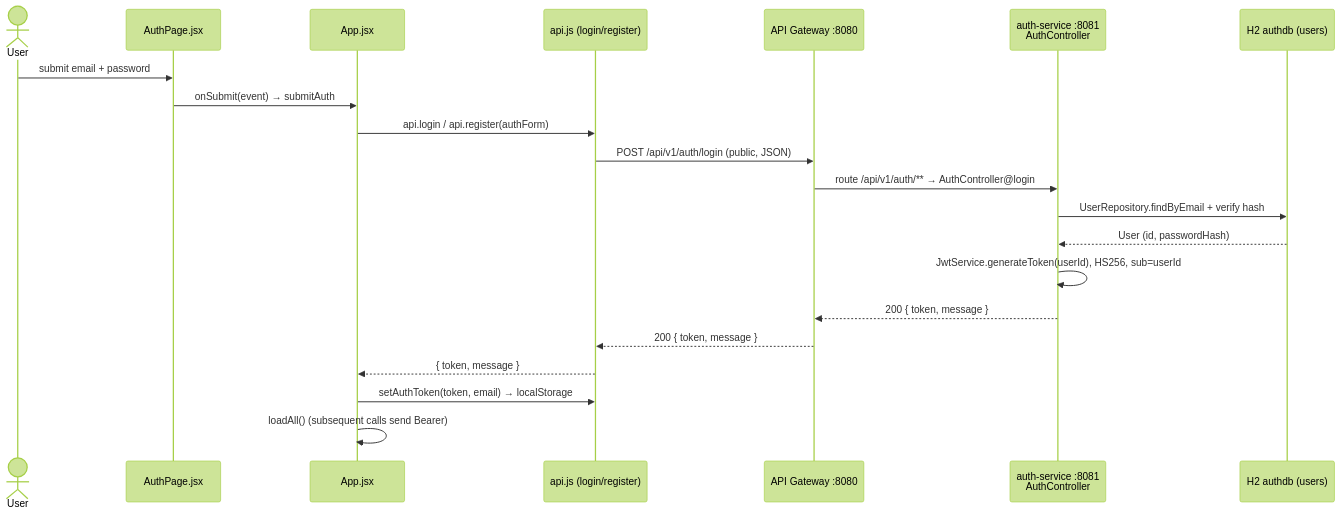
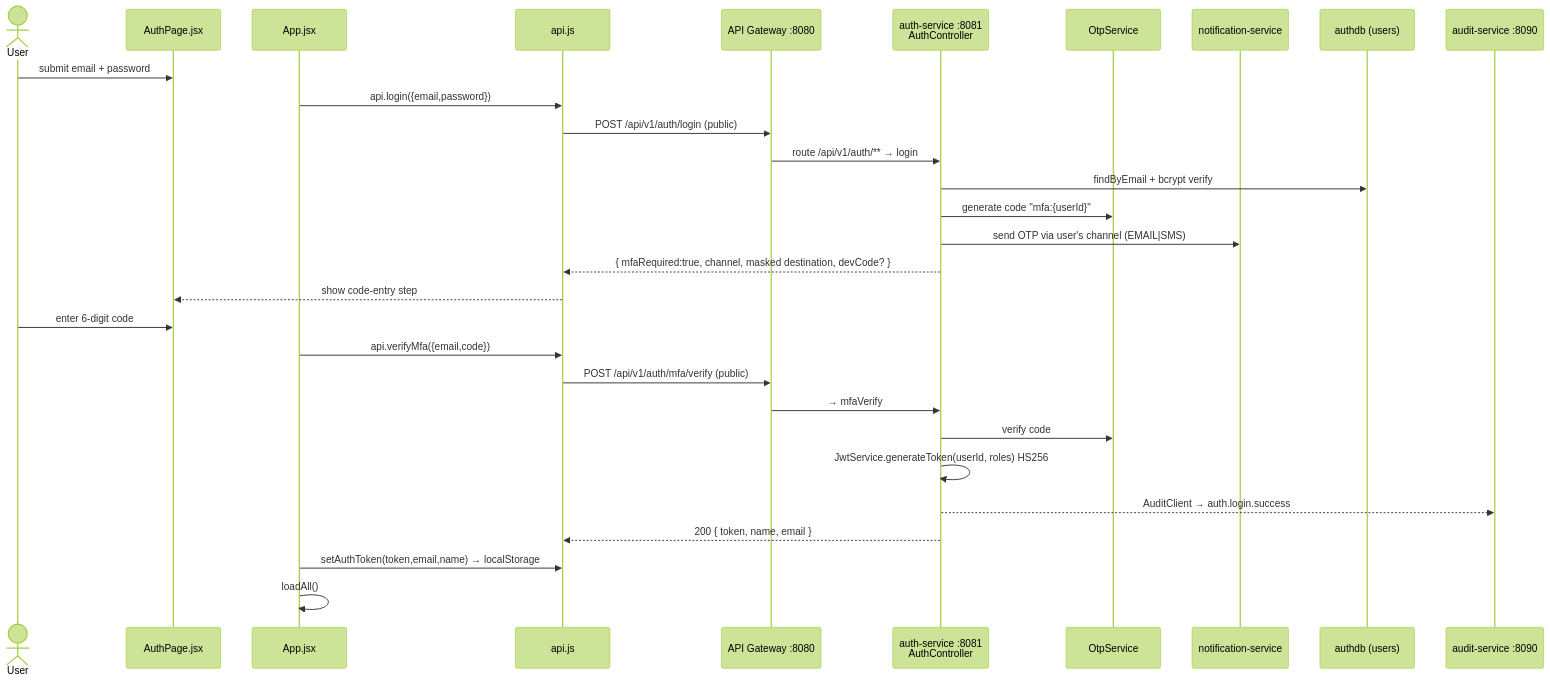
One commit to vadlapatlasuresh/my-wealth-management changed the first of 2 diagrams in docs/architecture/flows/01-auth-flow.md. Above: the diagram before and after it, drawn with Mermaid (forest theme). The commit also changed other lines of this file and 195 other files, not shown here.

First line of the commit message:
prod foundation: MFA email/SMS OTP, per-service observability, Plaid sync, docs

````diff
--- a/docs/architecture/flows/01-auth-flow.md
+++ b/docs/architecture/flows/01-auth-flow.md
@@ -9,24 +13,33 @@
 ```mermaid
 sequenceDiagram
     actor User
     participant Auth as AuthPage.jsx
     participant App as App.jsx
-    participant Api as api.js (login/register)
+    participant Api as api.js
     participant GW as API Gateway :8080
     participant Svc as auth-service :8081<br/>AuthController
-    participant DB as H2 authdb (users)
+    participant Otp as OtpService
+    participant Notif as notification-service
+    participant DB as authdb (users)
+    participant Aud as audit-service :8090
 
     User->>Auth: submit email + password
-    Auth->>App: onSubmit(event) → submitAuth
-    App->>Api: api.login / api.register(authForm)
-    Api->>GW: POST /api/v1/auth/login (public, JSON)
-    GW->>Svc: route /api/v1/auth/** → AuthController@login
-    Svc->>DB: UserRepository.findByEmail + verify hash
-    DB-->>Svc: User (id, passwordHash)
-    Svc->>Svc: JwtService.generateToken(userId), HS256, sub=userId
-    Svc-->>GW: 200 { token, message }
-    GW-->>Api: 200 { token, message }
-    Api-->>App: { token, message }
-    App->>Api: setAuthToken(token, email) → localStorage
-    App->>App: loadAll() (subsequent calls send Bearer)
+    App->>Api: api.login({email,password})
+    Api->>GW: POST /api/v1/auth/login (public)
+    GW->>Svc: route /api/v1/auth/** → login
+    Svc->>DB: findByEmail + bcrypt verify
+    Svc->>Otp: generate code "mfa:{userId}"
+    Svc->>Notif: send OTP via user's channel (EMAIL|SMS)
+    Svc-->>Api: { mfaRequired:true, channel, masked destination, devCode? }
+    Api-->>Auth: show code-entry step
+    User->>Auth: enter 6-digit code
+    App->>Api: api.verifyMfa({email,code})
+    Api->>GW: POST /api/v1/auth/mfa/verify (public)
+    GW->>Svc: → mfaVerify
+    Svc->>Otp: verify code
+    Svc->>Svc: JwtService.generateToken(userId, roles) HS256
+    Svc-->>Aud: AuditClient → auth.login.success
+    Svc-->>Api: 200 { token, name, email }
+    App->>Api: setAuthToken(token,email,name) → localStorage
+    App->>App: loadAll()
 ```
````
